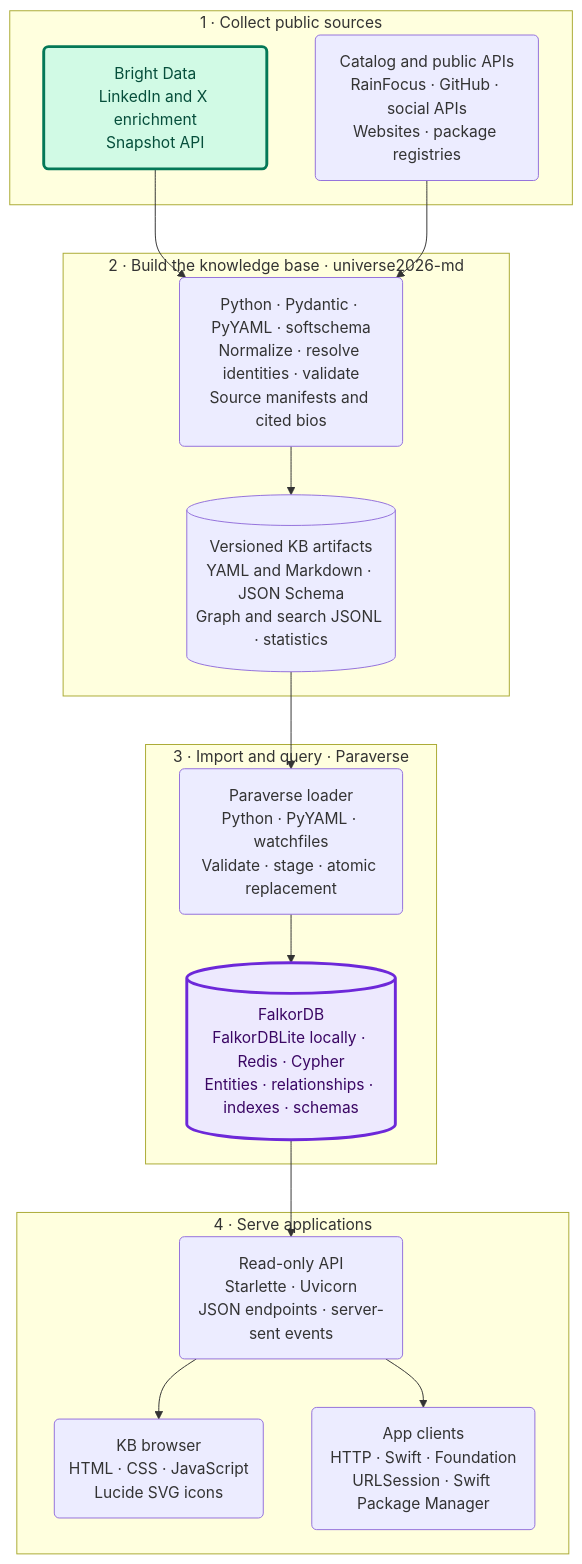
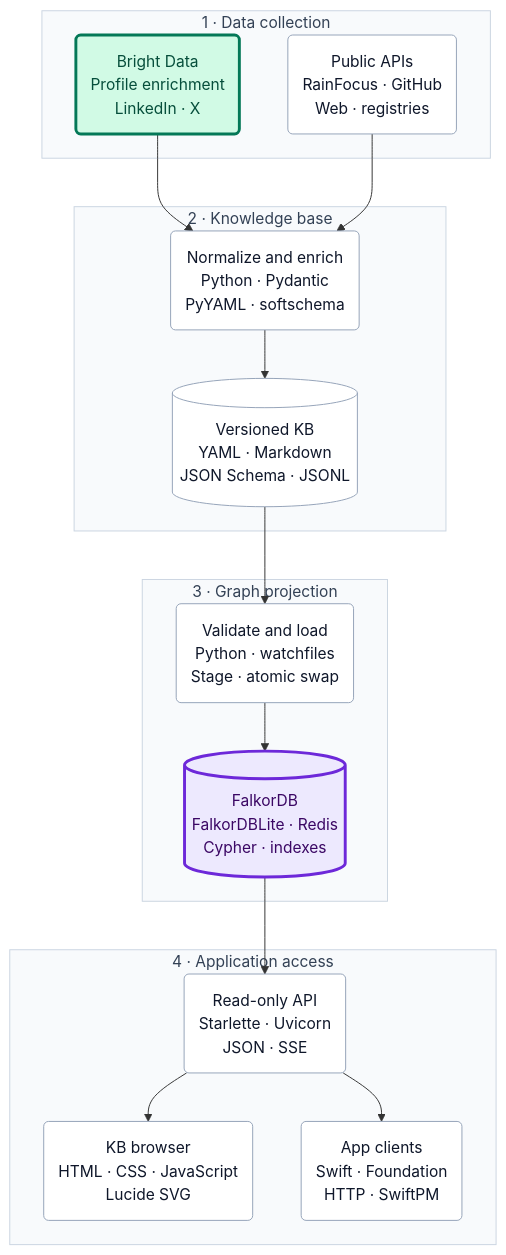
The diagram in README.md (jlevy/paraverse), drawn with Mermaid before and after one commit.

Commit message:
docs: keep architecture labels compact in GitHub rendering

````diff
--- a/README.md
+++ b/README.md
@@ -35,37 +35,42 @@
 ```mermaid
 flowchart TB
-    subgraph COLLECTION["1 · Collect public sources"]
-        BD("Bright Data<br/>LinkedIn and X enrichment<br/>Snapshot API")
-        API("Catalog and public APIs<br/>RainFocus · GitHub · social APIs<br/>Websites · package registries")
+    subgraph COLLECTION["1 · Data collection"]
+        BD("Bright Data<br/>Profile enrichment<br/>LinkedIn · X")
+        API("Public APIs<br/>RainFocus · GitHub<br/>Web · registries")
     end
 
-    subgraph KNOWLEDGE["2 · Build the knowledge base · universe2026-md"]
-        BUILD("Python · Pydantic · PyYAML · softschema<br/>Normalize · resolve identities · validate<br/>Source manifests and cited bios")
-        KB[("Versioned KB artifacts<br/>YAML and Markdown · JSON Schema<br/>Graph and search JSONL · statistics")]
+    subgraph KNOWLEDGE["2 · Knowledge base"]
+        BUILD("Normalize and enrich<br/>Python · Pydantic<br/>PyYAML · softschema")
+        KB[("Versioned KB<br/>YAML · Markdown<br/>JSON Schema · JSONL")]
     end
 
-    subgraph GRAPH["3 · Import and query · Paraverse"]
-        LOAD("Paraverse loader<br/>Python · PyYAML · watchfiles<br/>Validate · stage · atomic replacement")
-        FALKOR[("FalkorDB<br/>FalkorDBLite locally · Redis · Cypher<br/>Entities · relationships · indexes · schemas")]
+    subgraph GRAPH["3 · Graph projection"]
+        LOAD("Validate and load<br/>Python · watchfiles<br/>Stage · atomic swap")
+        FALKOR[("FalkorDB<br/>FalkorDBLite · Redis<br/>Cypher · indexes")]
     end
 
-    subgraph APPLICATIONS["4 · Serve applications"]
-        SERVICE("Read-only API<br/>Starlette · Uvicorn<br/>JSON endpoints · server-sent events")
-        WEB("KB browser<br/>HTML · CSS · JavaScript<br/>Lucide SVG icons")
-        APP("App clients<br/>HTTP · Swift · Foundation<br/>URLSession · Swift Package Manager")
+    subgraph APPLICATIONS["4 · Application access"]
+        SERVICE("Read-only API<br/>Starlette · Uvicorn<br/>JSON · SSE")
+        WEB("KB browser<br/>HTML · CSS · JavaScript<br/>Lucide SVG")
+        APP("App clients<br/>Swift · Foundation<br/>HTTP · SwiftPM")
     end
 
     BD --> BUILD
     API --> BUILD
     BUILD --> KB
     KB --> LOAD
     LOAD --> FALKOR
     FALKOR --> SERVICE
     SERVICE --> WEB
     SERVICE --> APP
 
+    classDef default fill:#ffffff,stroke:#94a3b8,color:#0f172a
+    style COLLECTION fill:#f8fafc,stroke:#cbd5e1,color:#334155
+    style KNOWLEDGE fill:#f8fafc,stroke:#cbd5e1,color:#334155
+    style GRAPH fill:#f8fafc,stroke:#cbd5e1,color:#334155
+    style APPLICATIONS fill:#f8fafc,stroke:#cbd5e1,color:#334155
     classDef bright fill:#d1fae5,stroke:#047857,color:#064e3b,stroke-width:3px
     classDef falkor fill:#ede9fe,stroke:#6d28d9,color:#3b0764,stroke-width:3px
     class BD bright
     class FALKOR falkor
 ```
````
